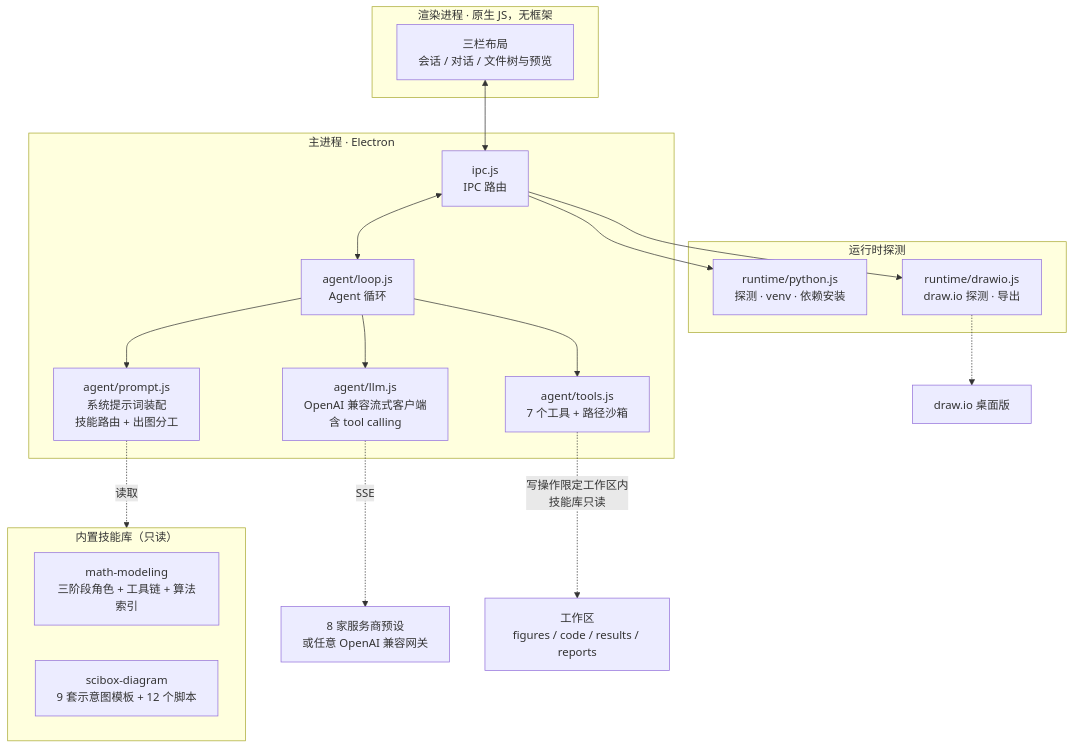
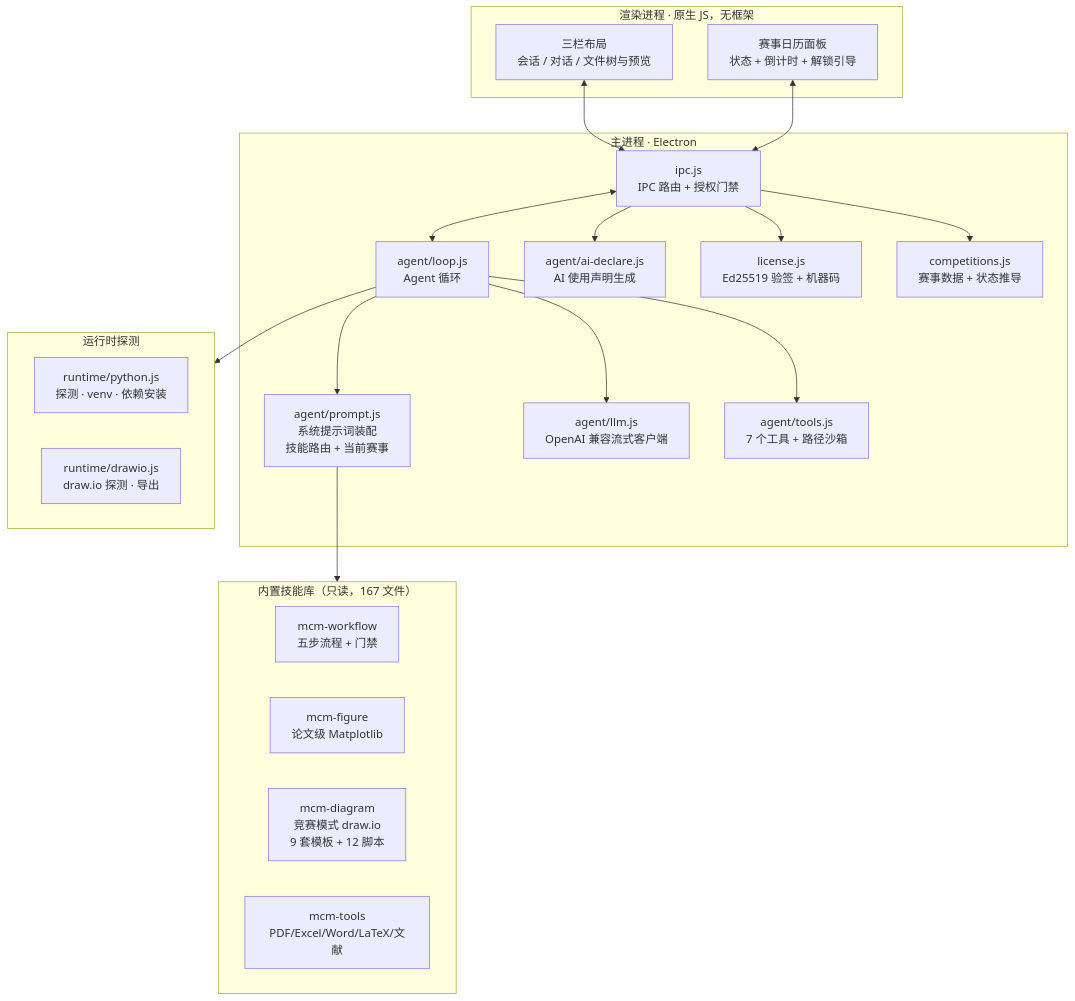
The second of 2 diagrams in README.md (SpenBug/mcm-agent), drawn with Mermaid before and after one commit. The commit also changed other lines of this file and 35 other files, not shown here.

````diff
--- a/README.md
+++ b/README.md
@@ -98,37 +135,42 @@
 ```mermaid
 flowchart TB
     subgraph R["渲染进程 · 原生 JS，无框架"]
         UI["三栏布局<br/>会话 / 对话 / 文件树与预览"]
+        CMP["赛事日历面板<br/>状态 + 倒计时 + 解锁引导"]
     end
 
     subgraph M["主进程 · Electron"]
-        IPC["ipc.js<br/>IPC 路由"]
+        IPC["ipc.js<br/>IPC 路由 + 授权门禁"]
         LOOP["agent/loop.js<br/>Agent 循环"]
-        PR["agent/prompt.js<br/>系统提示词装配<br/>技能路由 + 出图分工"]
-        LLM["agent/llm.js<br/>OpenAI 兼容流式客户端<br/>含 tool calling"]
+        PR["agent/prompt.js<br/>系统提示词装配<br/>技能路由 + 当前赛事"]
+        LLM["agent/llm.js<br/>OpenAI 兼容流式客户端"]
         TB["agent/tools.js<br/>7 个工具 + 路径沙箱"]
+        AI["agent/ai-declare.js<br/>AI 使用声明生成"]
+        LIC["license.js<br/>Ed25519 验签 + 机器码"]
+        CP["competitions.js<br/>赛事数据 + 状态推导"]
     end
 
     subgraph RT["运行时探测"]
         PY["runtime/python.js<br/>探测 · venv · 依赖安装"]
         DR["runtime/drawio.js<br/>draw.io 探测 · 导出"]
     end
 
-    subgraph SK["内置技能库（只读）"]
-        S1["math-modeling<br/>三阶段角色 + 工具链 + 算法索引"]
-        S2["scibox-diagram<br/>9 套示意图模板 + 12 个脚本"]
+    subgraph SK["内置技能库（只读，167 文件）"]
+        S1["mcm-workflow<br/>五步流程 + 门禁"]
+        S2["mcm-figure<br/>论文级 Matplotlib"]
+        S3["mcm-diagram<br/>竞赛模式 draw.io<br/>9 套模板 + 12 脚本"]
+        S4["mcm-tools<br/>PDF/Excel/Word/LaTeX/文献"]
     end
 
     UI <--> IPC
+    CMP <--> IPC
     IPC <--> LOOP
     LOOP --> PR
     LOOP --> LLM
     LOOP --> TB
-    PR -. 读取 .-> SK
-    IPC --> PY
-    IPC --> DR
-
-    LLM -. SSE .-> EXT["8 家服务商预设<br/>或任意 OpenAI 兼容网关"]
-    TB -. "写操作限定工作区内<br/>技能库只读" .-> WS["工作区<br/>figures / code / results / reports"]
-    DR -.-> DIO["draw.io 桌面版"]
+    PR --> SK
+    IPC --> LIC
+    IPC --> CP
+    IPC --> AI
+    LOOP --> RT
 ```
````
